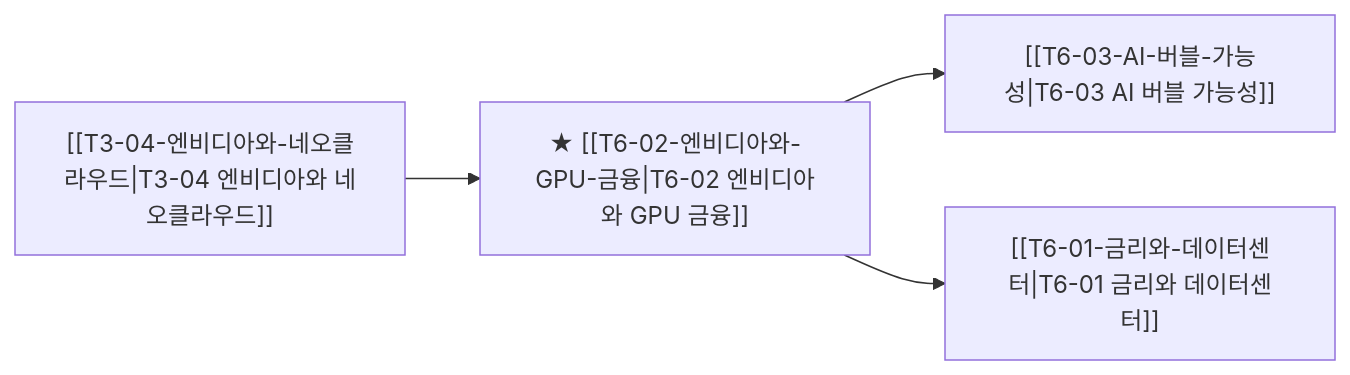
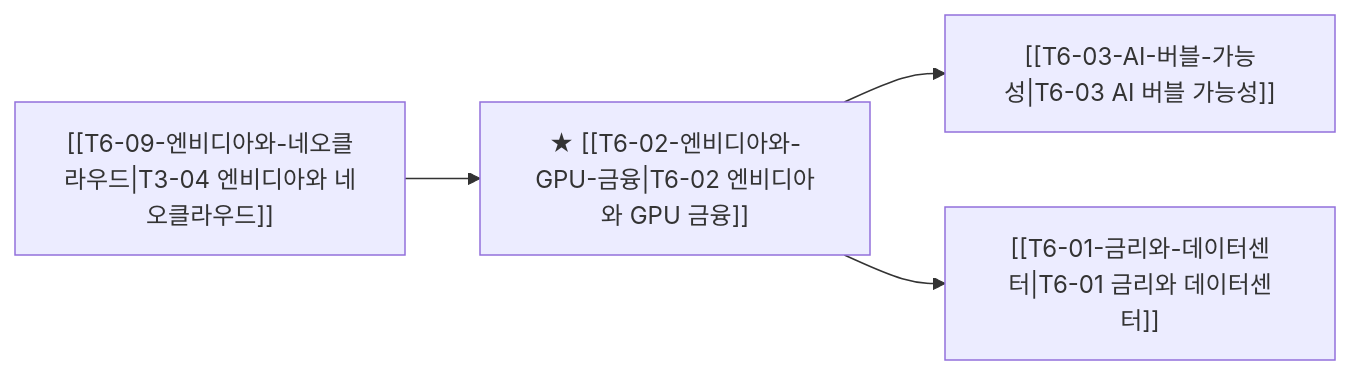
The diagram in thesis/T6-02-엔비디아와-GPU-금융.md (zoofighter/b_0901_Argus_pulse), drawn with Mermaid before and after one commit. The commit also changed other lines of this file and 94 other files, not shown here.

````diff
--- a/thesis/T6-02-엔비디아와-GPU-금융.md
+++ b/thesis/T6-02-엔비디아와-GPU-금융.md
@@ -67,6 +69,6 @@
 ```mermaid
 graph LR
-    P_T_08["[[T3-04-엔비디아와-네오클라우드|T3-04 엔비디아와 네오클라우드]]"] --> T_T_09["★ [[T6-02-엔비디아와-GPU-금융|T6-02 엔비디아와 GPU 금융]]"]
+    P_T_08["[[T6-09-엔비디아와-네오클라우드|T3-04 엔비디아와 네오클라우드]]"] --> T_T_09["★ [[T6-02-엔비디아와-GPU-금융|T6-02 엔비디아와 GPU 금융]]"]
     T_T_09["★ [[T6-02-엔비디아와-GPU-금융|T6-02 엔비디아와 GPU 금융]]"] --> D_T_37["[[T6-03-AI-버블-가능성|T6-03 AI 버블 가능성]]"]
     T_T_09["★ [[T6-02-엔비디아와-GPU-금융|T6-02 엔비디아와 GPU 금융]]"] --> D_T_05["[[T6-01-금리와-데이터센터|T6-01 금리와 데이터센터]]"]
 ```
````
